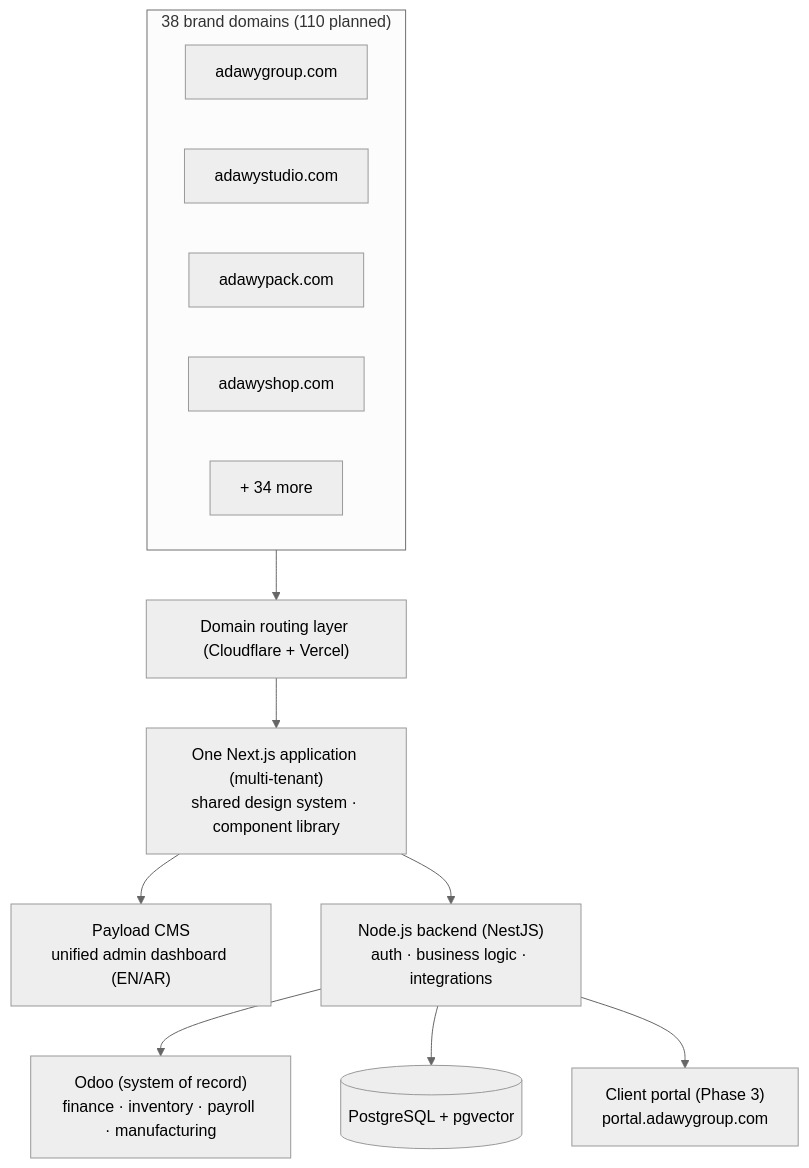
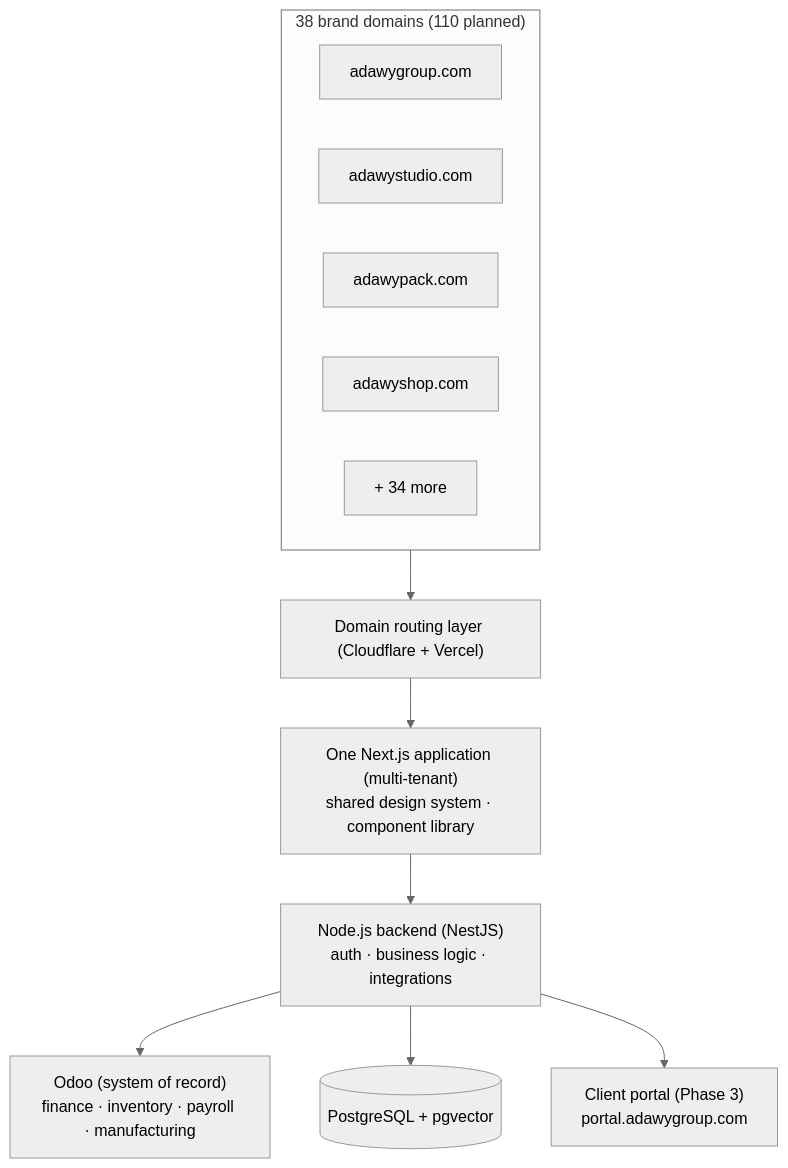
Before and after one commit to Adawy-Group/adawy-technical-docs: the diagram in content/architecture/index.mdx, drawn with Mermaid (neutral theme). The commit also changed 11 other files, not shown here.

First line of the commit message:
Remove the unified admin dashboard (Payload CMS) from current scope

````diff
--- a/content/architecture/index.mdx
+++ b/content/architecture/index.mdx
@@ -12,17 +12,16 @@
 ```mermaid
 flowchart TD
     subgraph Domains["38 brand domains (110 planned)"]
         D1[adawygroup.com]
         D2[adawystudio.com]
         D3[adawypack.com]
         D4[adawyshop.com]
         D5[+ 34 more]
     end
     Domains --> R["Domain routing layer (Cloudflare + Vercel)"]
     R --> APP["One Next.js application (multi-tenant)\nshared design system · component library"]
-    APP --> CMS["Payload CMS\nunified admin dashboard (EN/AR)"]
     APP --> BE["Node.js backend (NestJS)\nauth · business logic · integrations"]
     BE --> ODOO["Odoo (system of record)\nfinance · inventory · payroll · manufacturing"]
     BE --> DB[("PostgreSQL + pgvector")]
     BE --> PORTAL["Client portal (Phase 3)\nportal.adawygroup.com"]
 ```
````
